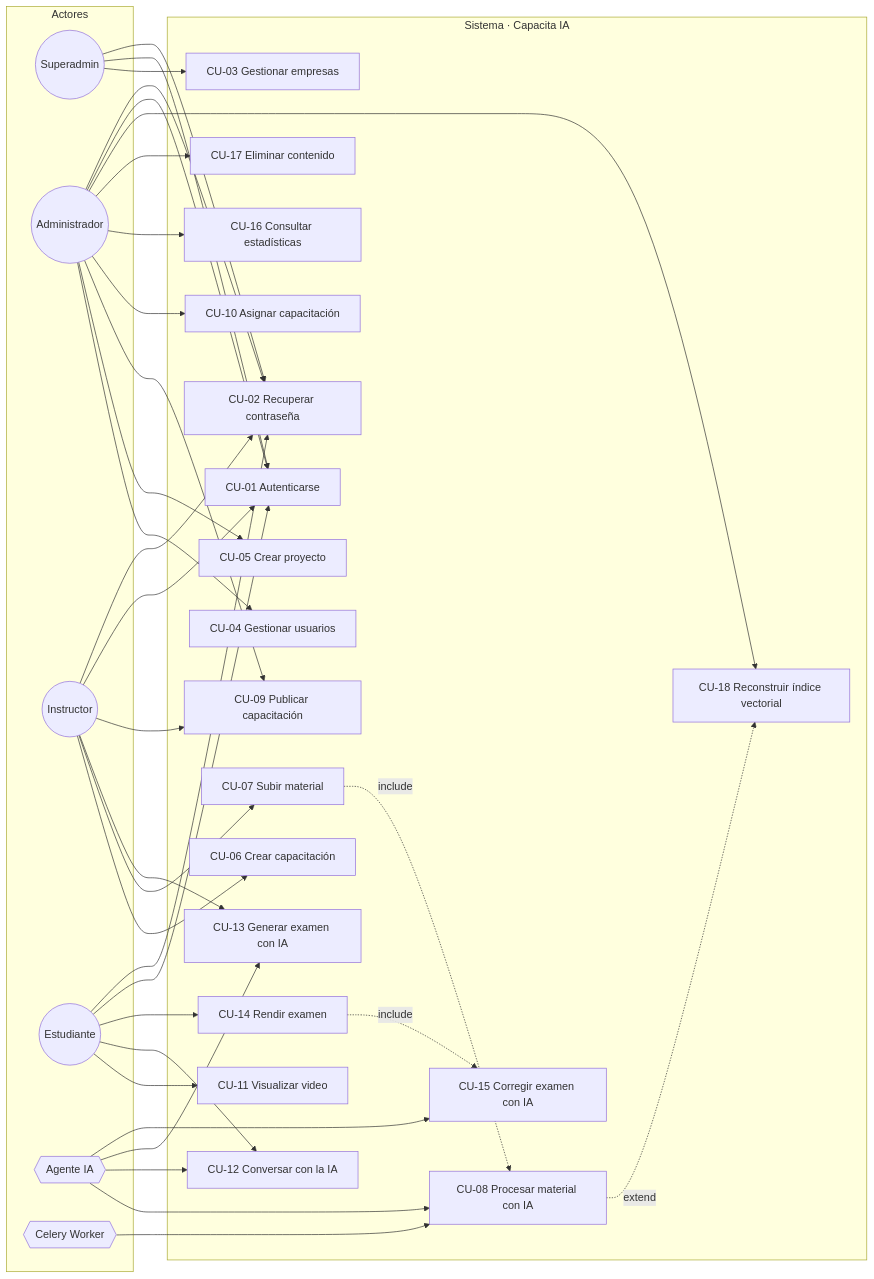
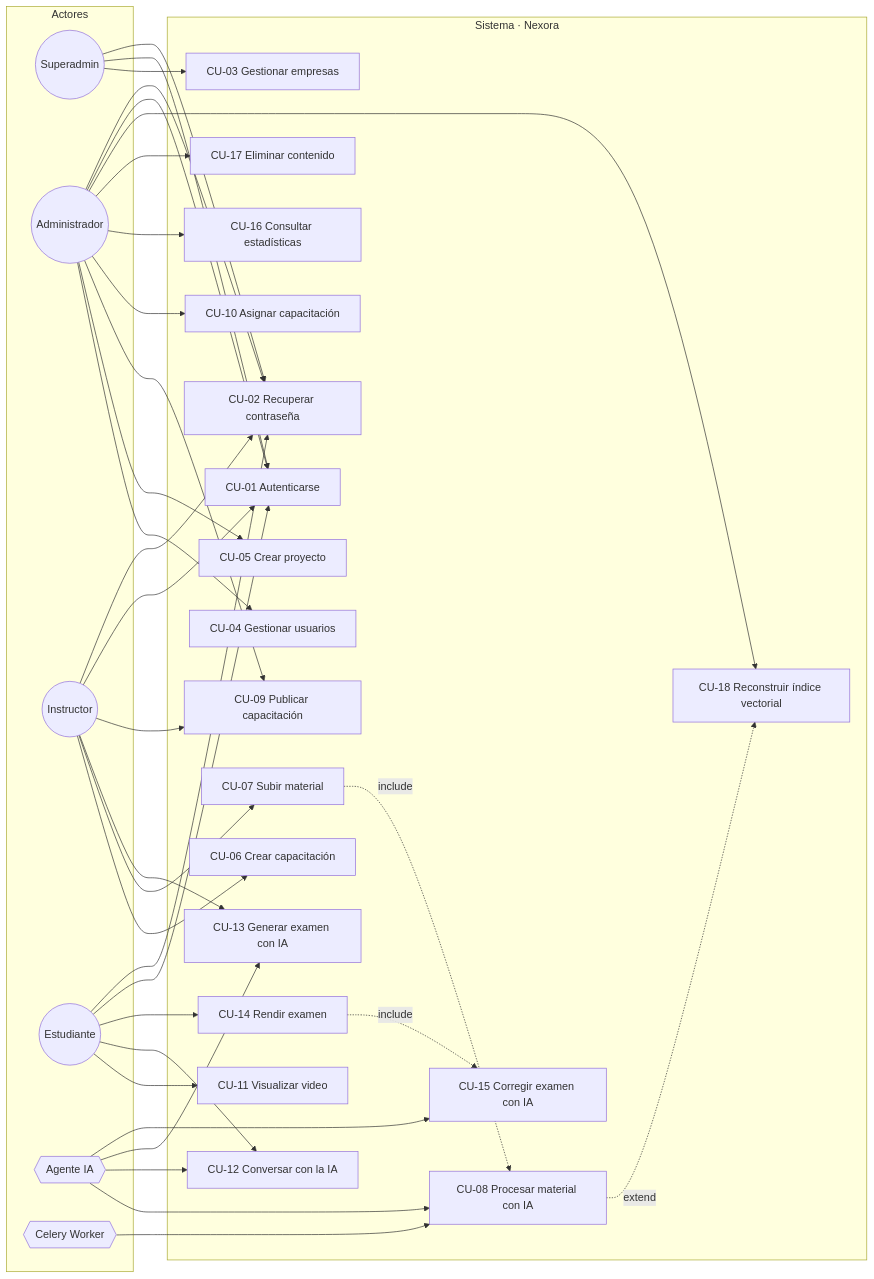
One commit to YoAndres2001/Capacitacion_IA changed the diagram in docs/04-casos-uso.md. Above: the diagram before and after it, drawn with Mermaid. The commit also changed 118 other files, not shown here.

````diff
--- a/docs/04-casos-uso.md
+++ b/docs/04-casos-uso.md
@@ -5,43 +5,43 @@
 ```mermaid
 graph LR
     subgraph Actores
         SA((Superadmin))
         AD((Administrador))
         IN((Instructor))
         ST((Estudiante))
         IA{{Agente IA}}
         CW{{Celery Worker}}
     end
 
-    subgraph "Sistema · Capacita IA"
+    subgraph "Sistema · Nexora"
         UC01[CU-01 Autenticarse]
         UC02[CU-02 Recuperar contraseña]
         UC03[CU-03 Gestionar empresas]
         UC04[CU-04 Gestionar usuarios]
         UC05[CU-05 Crear proyecto]
         UC06[CU-06 Crear capacitación]
         UC07[CU-07 Subir material]
         UC08[CU-08 Procesar material con IA]
         UC09[CU-09 Publicar capacitación]
         UC10[CU-10 Asignar capacitación]
         UC11[CU-11 Visualizar video]
         UC12[CU-12 Conversar con la IA]
         UC13[CU-13 Generar examen con IA]
         UC14[CU-14 Rendir examen]
         UC15[CU-15 Corregir examen con IA]
         UC16[CU-16 Consultar estadísticas]
         UC17[CU-17 Eliminar contenido]
         UC18[CU-18 Reconstruir índice vectorial]
     end
 
     SA --> UC03
     AD --> UC04 & UC05 & UC09 & UC10 & UC16 & UC17 & UC18
     IN --> UC06 & UC07 & UC13 & UC09
     ST --> UC11 & UC12 & UC14
     SA & AD & IN & ST --> UC01 & UC02
     CW --> UC08
     IA --> UC08 & UC12 & UC13 & UC15
     UC07 -.->|include| UC08
     UC14 -.->|include| UC15
     UC08 -.->|extend| UC18
 ```
````
